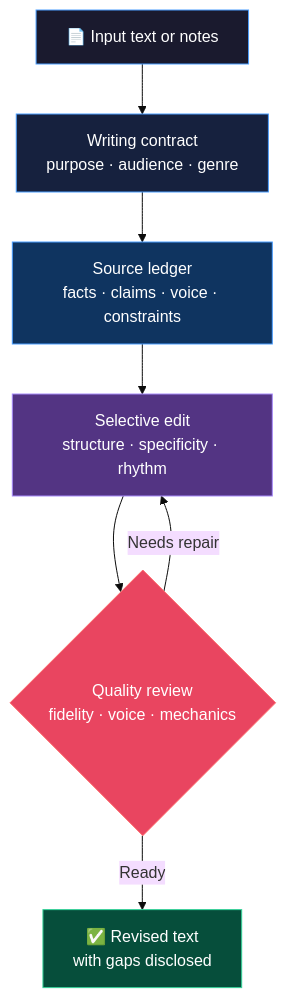
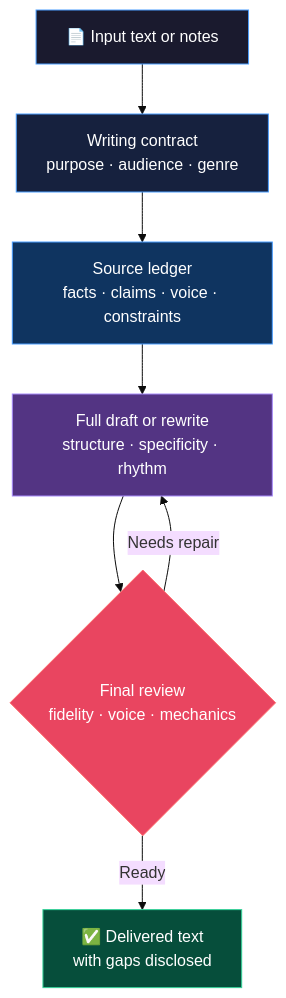
One commit to udaysharmadev/Not-Ai changed the first of 3 diagrams in README.md. Above: the diagram before and after it, drawn with Mermaid (base theme). The commit also changed other lines of this file, not shown here.

````diff
--- a/README.md
+++ b/README.md
@@ -94,16 +54,16 @@
 ```mermaid
 flowchart TD
     A["📄 Input text or notes"] --> B["Writing contract\npurpose · audience · genre"]
     B --> C["Source ledger\nfacts · claims · voice · constraints"]
-    C --> D["Selective edit\nstructure · specificity · rhythm"]
-    D --> E{"Quality review\nfidelity · voice · mechanics"}
+    C --> D["Full draft or rewrite\nstructure · specificity · rhythm"]
+    D --> E{"Final review\nfidelity · voice · mechanics"}
     E -->|"Needs repair"| D
-    E -->|"Ready"| F["✅ Revised text\nwith gaps disclosed"]
+    E -->|"Ready"| F["✅ Delivered text\nwith gaps disclosed"]
 
     style A fill:#1a1a2e,color:#fff,stroke:#4a9eff
     style B fill:#16213e,color:#fff,stroke:#4a9eff
     style C fill:#0f3460,color:#fff,stroke:#4a9eff
     style D fill:#533483,color:#fff,stroke:#a78bfa
     style E fill:#e94560,color:#fff,stroke:#ff6b6b
     style F fill:#064e3b,color:#fff,stroke:#34d399
 ```
````
